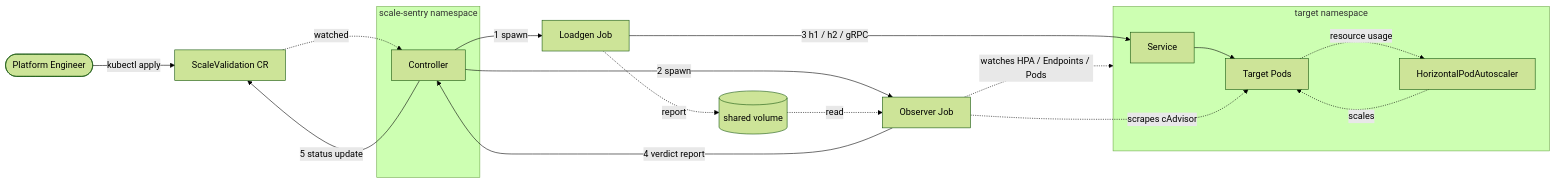
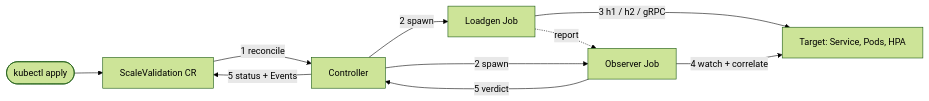
One commit to ethan-kane-ops/scale-sentry changed the diagram in README.md. Above: the diagram before and after it, drawn with Mermaid (forest theme). The commit also changed 3 other files, not shown here.

First line of the commit message:
docs(architecture): lifecycle sequence diagram + slim flowchart (ENG-66)

````diff
--- a/README.md
+++ b/README.md
@@ -22,30 +22,12 @@
 ```mermaid
 flowchart LR
-    User([Platform Engineer]) -->|kubectl apply| CR[ScaleValidation CR]
-
-    subgraph Operator [scale-sentry namespace]
-        Controller[Controller]
-    end
-
-    CR -.watched.-> Controller
-    Controller -->|1 spawn| Loadgen[Loadgen Job]
+    User([kubectl apply]) --> CR[ScaleValidation CR]
+    CR -->|1 reconcile| Controller
+    Controller -->|2 spawn| Loadgen[Loadgen Job]
     Controller -->|2 spawn| Observer[Observer Job]
-
-    subgraph Target [target namespace]
-        Service[Service]
-        Pods[Target Pods]
-        HPA[HorizontalPodAutoscaler]
-    end
-
-    Loadgen -->|3 h1 / h2 / gRPC| Service --> Pods
-    Pods -.resource usage.-> HPA
-    HPA -.scales.-> Pods
-
-    Observer -.watches HPA / Endpoints / Pods.-> Target
-    Observer -.scrapes cAdvisor.-> Pods
-    Loadgen -.report.-> Volume[(shared volume)]
-    Volume -.read.-> Observer
-
-    Observer -->|4 verdict report| Controller
-    Controller -->|5 status update| CR
+    Loadgen -->|3 h1 / h2 / gRPC| Target["Target: Service, Pods, HPA"]
+    Observer -->|4 watch + correlate| Target
+    Loadgen -.report.-> Observer
+    Observer -->|5 verdict| Controller
+    Controller -->|5 status + Events| CR
 ```
````
